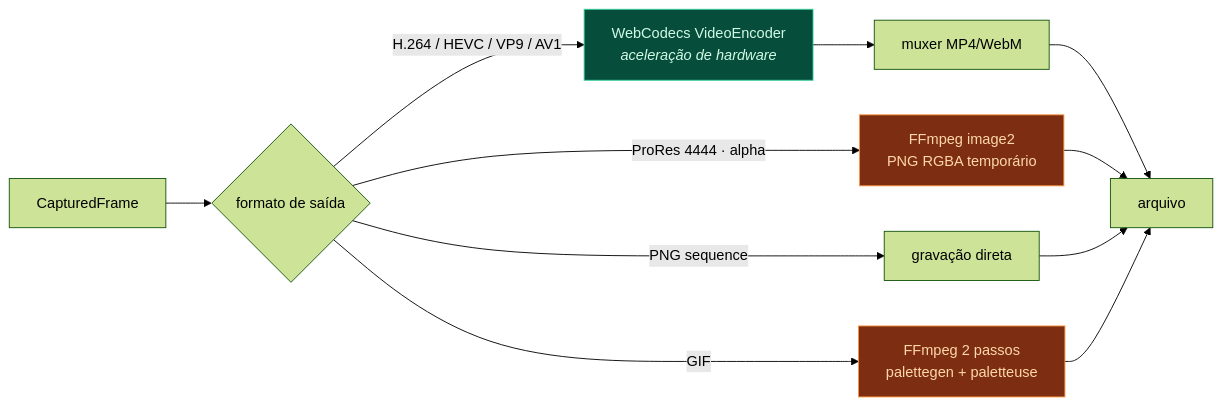
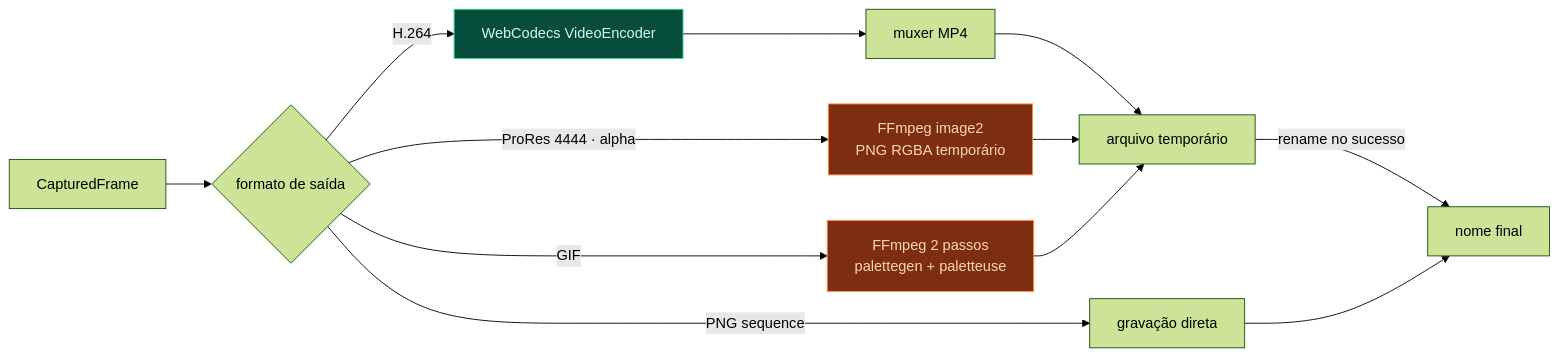
One commit to Syfer2025/mapli-ve changed the third of 3 diagrams in docs/06-RENDER-PIPELINE.md. Above: the diagram before and after it, drawn with Mermaid (forest theme). The commit also changed other lines of this file and 198 other files, not shown here.

````diff
--- a/docs/06-RENDER-PIPELINE.md
+++ b/docs/06-RENDER-PIPELINE.md
@@ -359,19 +373,20 @@
 ```mermaid
 flowchart LR
     CAP["CapturedFrame"] --> SW{"formato de saída"}
-    SW -->|"H.264 / HEVC / VP9 / AV1"| WC["WebCodecs VideoEncoder<br/><i>aceleração de hardware</i>"]
+    SW -->|"H.264"| WC["WebCodecs VideoEncoder"]
     SW -->|"ProRes 4444 · alpha"| FF["FFmpeg image2<br/>PNG RGBA temporário"]
     SW -->|"PNG sequence"| PNG["gravação direta"]
     SW -->|"GIF"| GIF["FFmpeg 2 passos<br/>palettegen + paletteuse"]
 
-    WC --> MUX["muxer MP4/WebM"]
-    MUX --> OUT["arquivo"]
-    FF --> OUT
+    WC --> MUX["muxer MP4"]
+    MUX --> TMP["arquivo temporário"]
+    FF --> TMP
+    GIF --> TMP
+    TMP -->|"rename no sucesso"| OUT["nome final"]
     PNG --> OUT
-    GIF --> OUT
 
     classDef hw fill:#064e3b,stroke:#34d399,color:#d1fae5
     classDef sw fill:#7c2d12,stroke:#fb923c,color:#fed7aa
     class WC hw
     class FF,GIF sw
 ```
````
